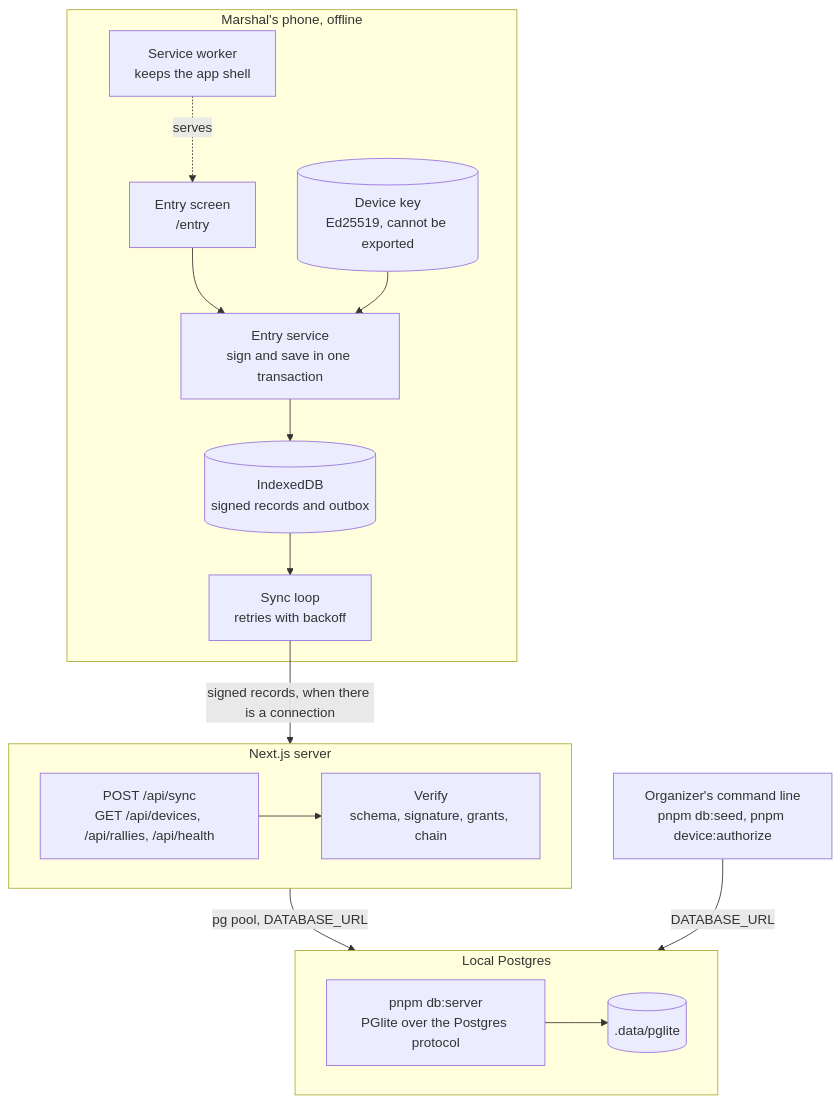
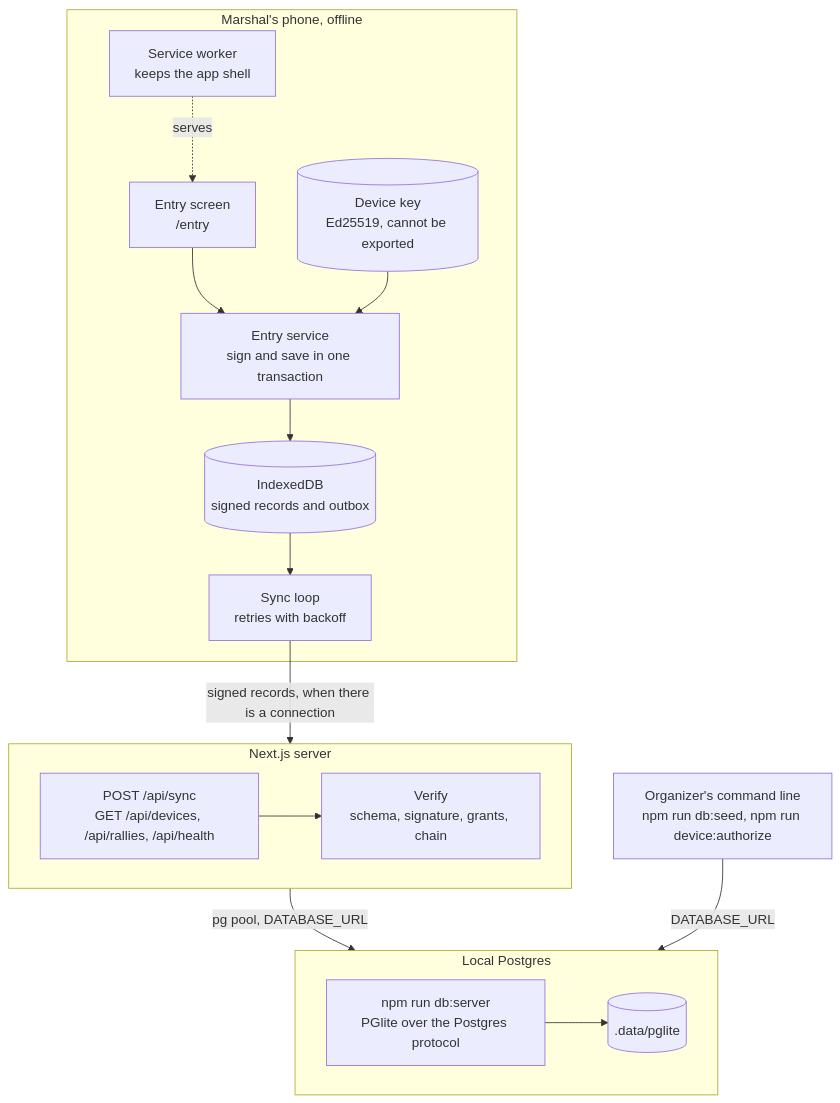
Before and after one commit to DavidEspinosa42/rally-timing-results: the diagram in README.md, drawn with Mermaid. The commit also changed other lines of this file and 16 other files, not shown here.

First line of the commit message:
chore(deps): switch from pnpm to npm on Node.js 22.13

````diff
--- a/README.md
+++ b/README.md
@@ -42,24 +42,24 @@
 ```mermaid
 flowchart TB
   subgraph phone["Marshal's phone, offline"]
     sw["Service worker<br/>keeps the app shell"] -. serves .-> ui["Entry screen<br/>/entry"]
     ui --> entry["Entry service<br/>sign and save in one transaction"]
     key[("Device key<br/>Ed25519, cannot be exported")] --> entry
     entry --> local[("IndexedDB<br/>signed records and outbox")]
     local --> sync["Sync loop<br/>retries with backoff"]
   end
 
   subgraph server["Next.js server"]
     api["POST /api/sync<br/>GET /api/devices, /api/rallies, /api/health"] --> verify["Verify<br/>schema, signature, grants, chain"]
   end
 
   subgraph database["Local Postgres"]
-    dbserver["pnpm db:server<br/>PGlite over the Postgres protocol"] --> data[(".data/pglite")]
+    dbserver["npm run db:server<br/>PGlite over the Postgres protocol"] --> data[(".data/pglite")]
   end
 
-  organizer["Organizer's command line<br/>pnpm db:seed, pnpm device:authorize"]
+  organizer["Organizer's command line<br/>npm run db:seed, npm run device:authorize"]
 
   sync -- "signed records, when there is a connection" --> server
   server -- "pg pool, DATABASE_URL" --> database
   organizer -- DATABASE_URL --> database
 ```
````
